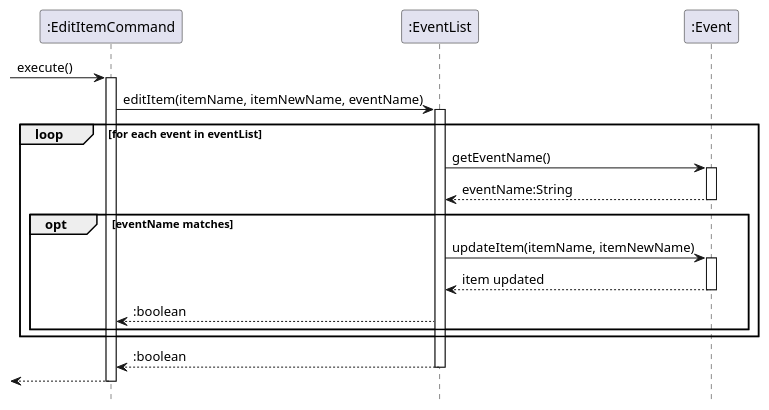
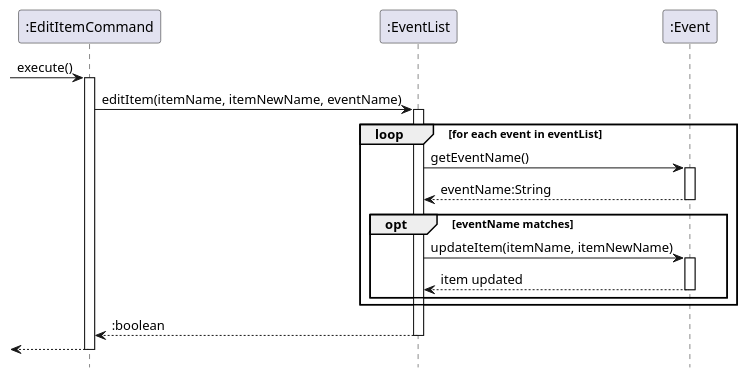
One commit to nus-cs2113-AY2425S1/tp changed the first of 2 diagrams in docs/diagrams/EditItemCommandSequenceDiagram.puml. Above: the diagram before and after it, drawn with PlantUML. The commit also changed 15 other files, not shown here.

Commit message:
Update and simplify sequence diagrams

```diff
--- a/docs/diagrams/EditItemCommandSequenceDiagram.puml
+++ b/docs/diagrams/EditItemCommandSequenceDiagram.puml
@@ -1,35 +1,33 @@
 @startuml
 hide footbox
 
 participant ":EditItemCommand" as editCommand
 participant ":EventList" as eventList
 participant ":Event" as event
 
 [-> editCommand : execute()
 activate editCommand
 
 editCommand -> eventList : editItem(itemName, itemNewName, eventName)
 activate eventList
 
 loop for each event in eventList
     eventList -> event : getEventName()
     activate event
     event --> eventList : eventName:String
     deactivate event
 
     opt eventName matches
         eventList -> event : updateItem(itemName, itemNewName)
         activate event
         event --> eventList : item updated
         deactivate event
-        eventList --> editCommand : :boolean
-
     end
 
 end
 
 return :boolean
 
 return
 
 @enduml
```
